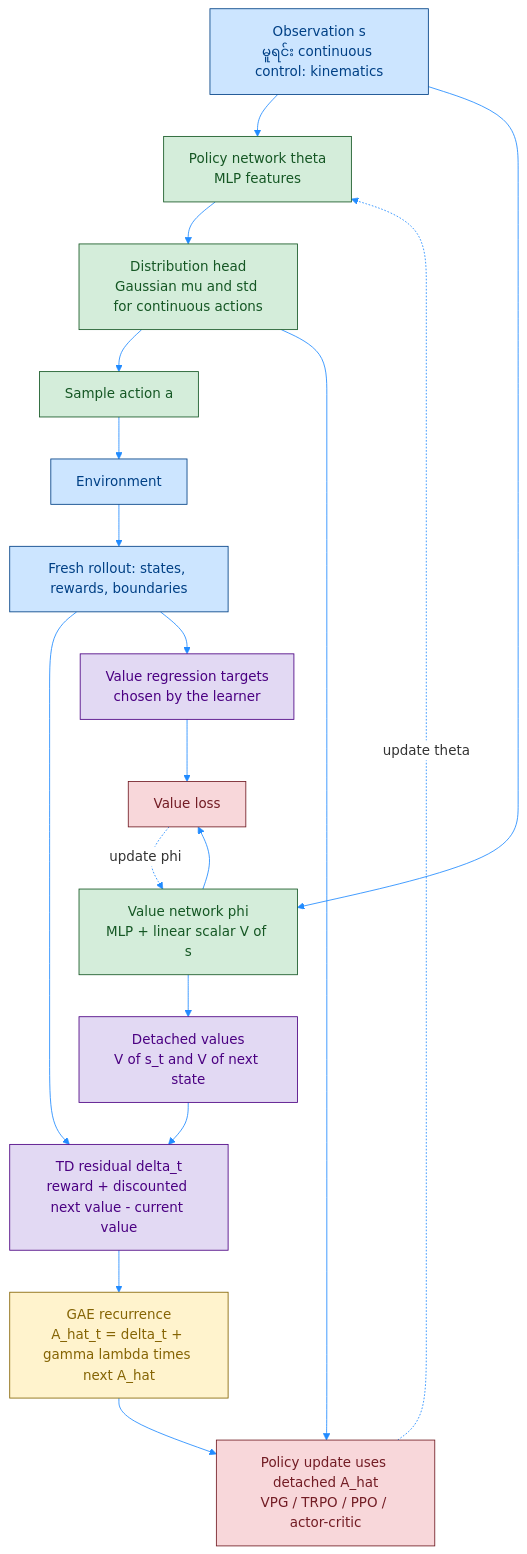
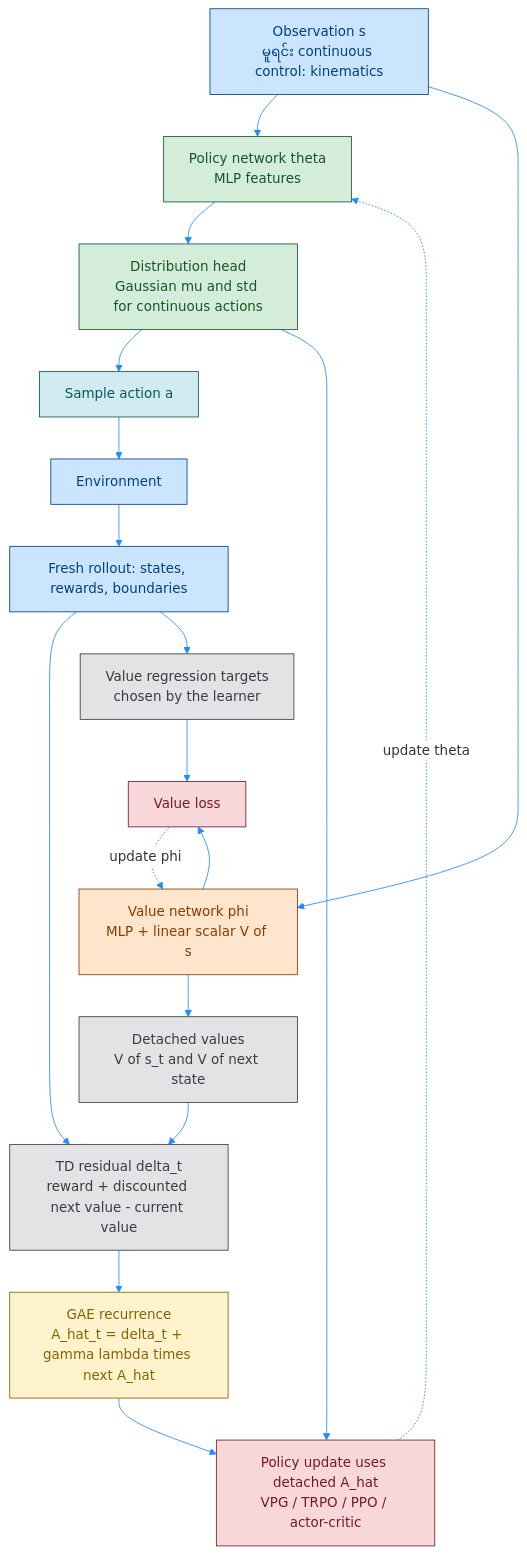
Before and after one commit to Open-Source-Robotics-For-Myanmar/rl: the first of 3 diagrams in Day81 RL python/02_Miguel Morales - Grokking Deep Reinforcement Learning/02_rl_with_dl/rom_photos/09_1_PB_GAE.md, drawn with Mermaid. The commit also changed other lines of this file and 12 other files, not shown here.

````diff
--- a/Day81 RL python/02_Miguel Morales - Grokking Deep Reinforcement Learning/02_rl_with_dl/rom_photos/09_1_PB_GAE.md
+++ b/Day81 RL python/02_Miguel Morales - Grokking Deep Reinforcement Learning/02_rl_with_dl/rom_photos/09_1_PB_GAE.md
@@ -23,32 +38,37 @@
 ```mermaid
 %%{init: {'theme': 'base', 'themeVariables': { 'primaryColor': '#ffffff', 'lineColor': '#218bff'}}}%%
 flowchart TD
     S["Observation s<br/>မူရင်း continuous control: kinematics"] --> P["Policy network theta<br/>MLP features"]
     P --> D["Distribution head<br/>Gaussian mu and std for continuous actions"]
     D --> A["Sample action a"]
     A --> E["Environment"]
     E --> B["Fresh rollout: states, rewards, boundaries"]
     S --> V["Value network phi<br/>MLP + linear scalar V of s"]
     V --> VS["Detached values<br/>V of s_t and V of next state"]
     B --> TD["TD residual delta_t<br/>reward + discounted next value - current value"]
     VS --> TD
     TD --> G["GAE recurrence<br/>A_hat_t = delta_t + gamma lambda times next A_hat"]
     G --> L["Policy update uses detached A_hat<br/>VPG / TRPO / PPO / actor-critic"]
     D --> L
     L -.->|"update theta"| P
     B --> TV["Value regression targets<br/>chosen by the learner"]
     TV --> LV["Value loss"]
     V --> LV
     LV -.->|"update phi"| V
 
     classDef data fill:#cce5ff,stroke:#004085,stroke-width:1px,color:#004085;
-    classDef network fill:#d4edda,stroke:#155724,stroke-width:1px,color:#155724;
-    classDef advantage fill:#fff3cd,stroke:#856404,stroke-width:1px,color:#856404;
-    classDef target fill:#e2d9f3,stroke:#4b0082,stroke-width:1px,color:#4b0082;
+    classDef batch fill:#fff3cd,stroke:#856404,stroke-width:1px,color:#856404;
     classDef train fill:#f8d7da,stroke:#721c24,stroke-width:1px,color:#721c24;
+    classDef process fill:#d1ecf1,stroke:#0c5460,stroke-width:1px,color:#0c5460;
+    classDef result fill:#e2e3e5,stroke:#383d41,stroke-width:1px,color:#383d41;
+    classDef policyNetwork fill:#d4edda,stroke:#155724,stroke-width:1px,color:#155724;
+    classDef valueNetwork fill:#ffe5cc,stroke:#8a3b00,stroke-width:1px,color:#8a3b00;
+
     class S,E,B data;
-    class P,D,A,V network;
-    class G advantage;
-    class VS,TD,TV target;
+    class G batch;
     class L,LV train;
+    class A process;
+    class VS,TD,TV result;
+    class P,D policyNetwork;
+    class V valueNetwork;
 ```
````
